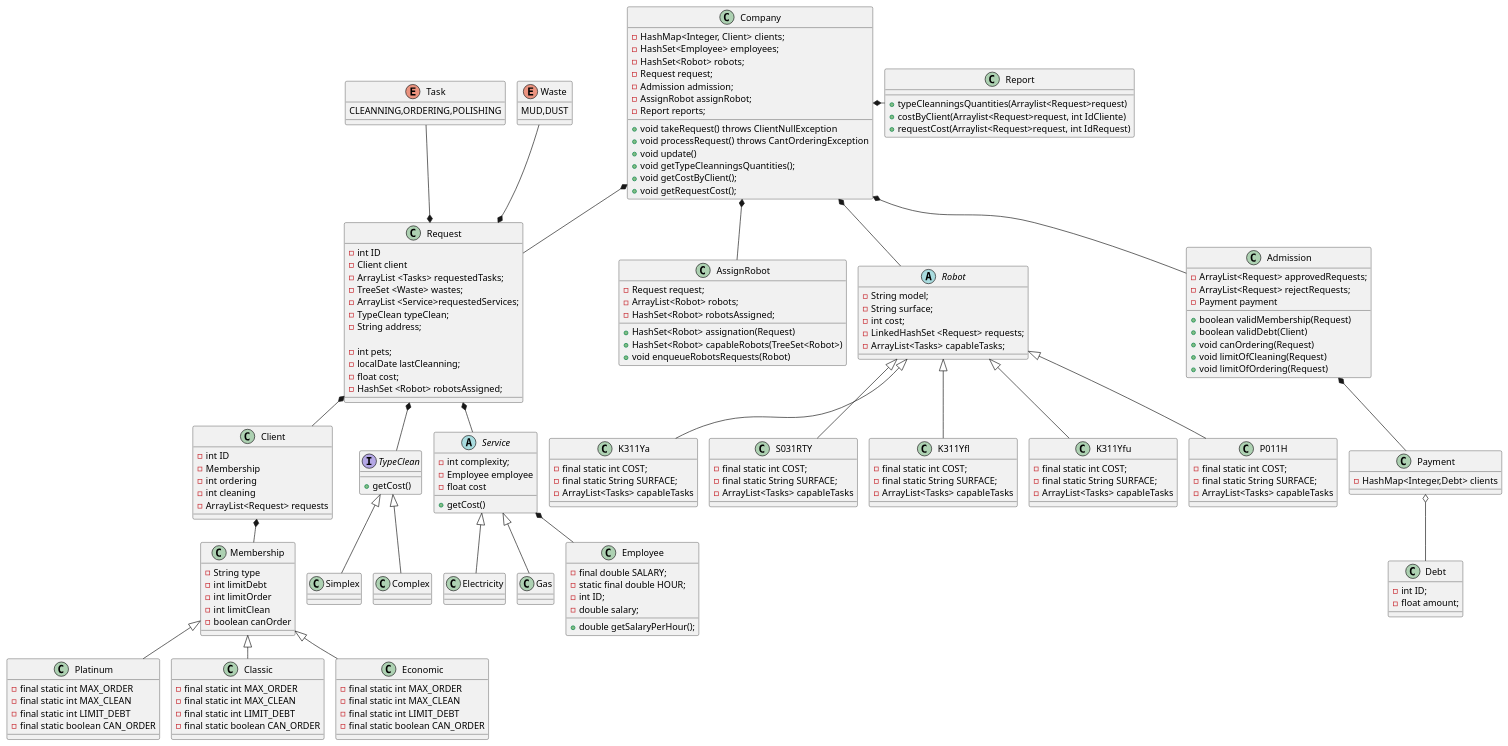
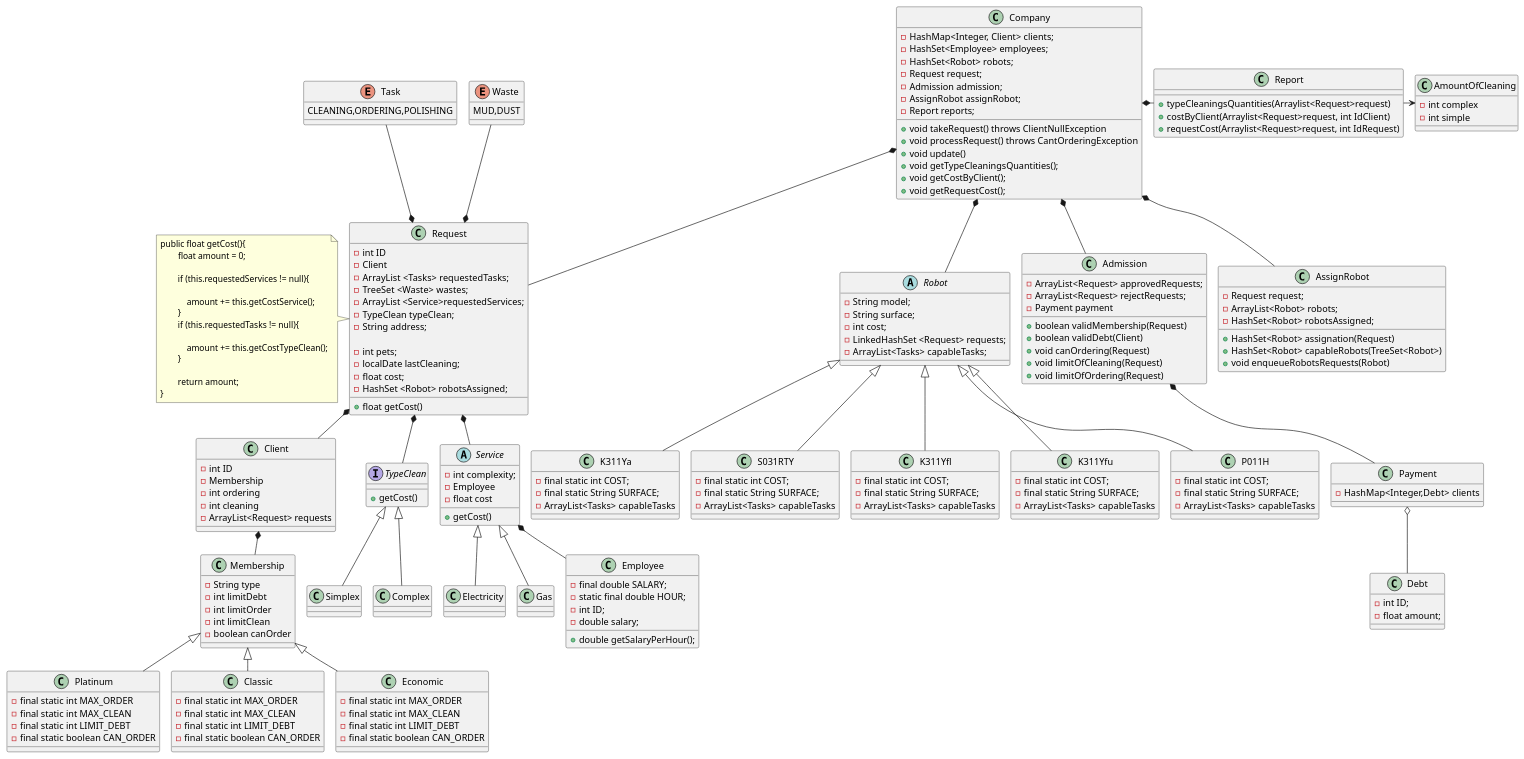
The diagram in diagramas/FusionDiagramas.puml (Grupo-3-Labo-y-prog/RobotsTP), drawn with PlantUML before and after one commit. The commit also changed 12 other files, not shown here.

Commit message:
Arreglos, adhesion de la clase AmountOfCleaning

```diff
--- a/diagramas/FusionDiagramas.puml
+++ b/diagramas/FusionDiagramas.puml
@@ -28,8 +28,10 @@
 class K311Ya
 class S031RTY
 enum Task
+class AmountOfCleaning
 
 Client *-- Membership
+
 Membership <|-- Platinum
 Membership <|-- Classic
 Membership <|-- Economic
@@ -40,24 +42,26 @@
 Company *-- Robot
 Request *-- Client
 Request *-- TypeClean
+Request *-- Service
 TypeClean <|-- Simplex
 TypeClean <|-- Complex
-Request *-- Service
 Employee -up-* Service
 Service<|--Electricity
 Service<|--Gas
 Waste -down-* Request
 Task -down-* Request
 Admission *-- Payment
+
 Payment o-- Debt
 Robot <|-- K311Ya
 Robot <|--S031RTY
 Robot <|--P011H
 Robot <|--K311Yfu
 Robot <|-- K311Yfl
+Report -> AmountOfCleaning
 
 enum Task {
-CLEANNING,ORDERING,POLISHING
+CLEANING,ORDERING,POLISHING
 }
 
 
@@ -74,7 +78,7 @@
 +void takeRequest() throws ClientNullException
 +void processRequest() throws CantOrderingException
 +void update()
-+ void getTypeCleanningsQuantities();
++ void getTypeCleaningsQuantities();
 + void getCostByClient();
 + void getRequestCost();
 }
@@ -104,7 +108,7 @@
 
 class Request{
 - int ID
-- Client client
+- Client
 - ArrayList <Tasks> requestedTasks;
 - TreeSet <Waste> wastes;
 - ArrayList <Service>requestedServices;
@@ -112,9 +116,11 @@
 - String address;
 
 - int pets;
-- localDate lastCleanning;
+- localDate lastCleaning;
 - float cost;
 - HashSet <Robot> robotsAssigned;
+
++float getCost()
 }
 
 
@@ -158,7 +164,7 @@
  }
 abstract class Service{
 - int complexity;
-- Employee employee
+- Employee
 - float cost
 + getCost()
 }
@@ -179,8 +185,8 @@
 }
 
 class Report {
-+ typeCleanningsQuantities(Arraylist<Request>request)
-+ costByClient(Arraylist<Request>request, int IdCliente)
++ typeCleaningsQuantities(Arraylist<Request>request)
++ costByClient(Arraylist<Request>request, int IdClient)
 + requestCost(Arraylist<Request>request, int IdRequest)
 
 }
@@ -232,4 +238,27 @@
 - ArrayList<Tasks> capableTasks
 }
 
+class AmountOfCleaning{
+-int complex
+-int simple
+}
+
+class Request
+note left
+public float getCost(){
+        float amount = 0;
+
+        if (this.requestedServices != null){
+
+            amount += this.getCostService();
+        }
+        if (this.requestedTasks != null){
+
+            amount += this.getCostTypeClean();
+        }
+
+        return amount;
+}
+end note
+
 @enduml
```
